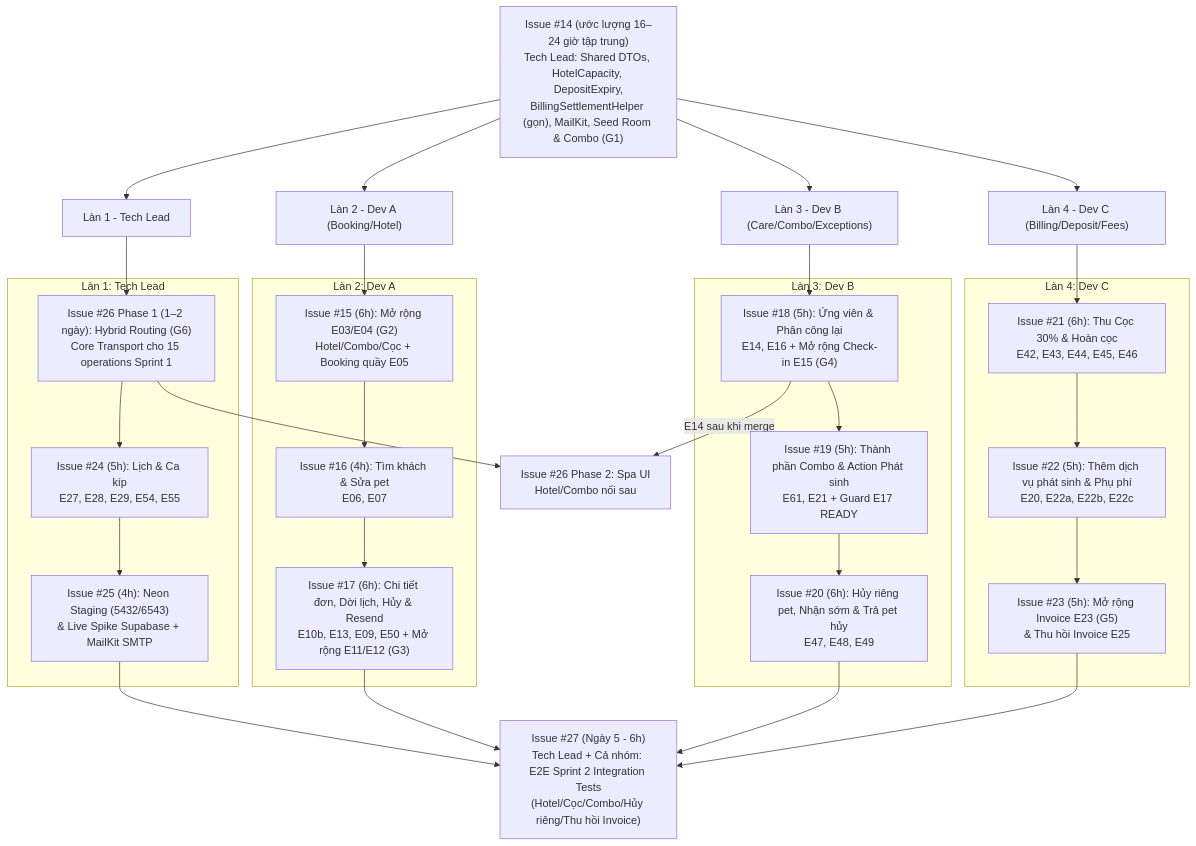
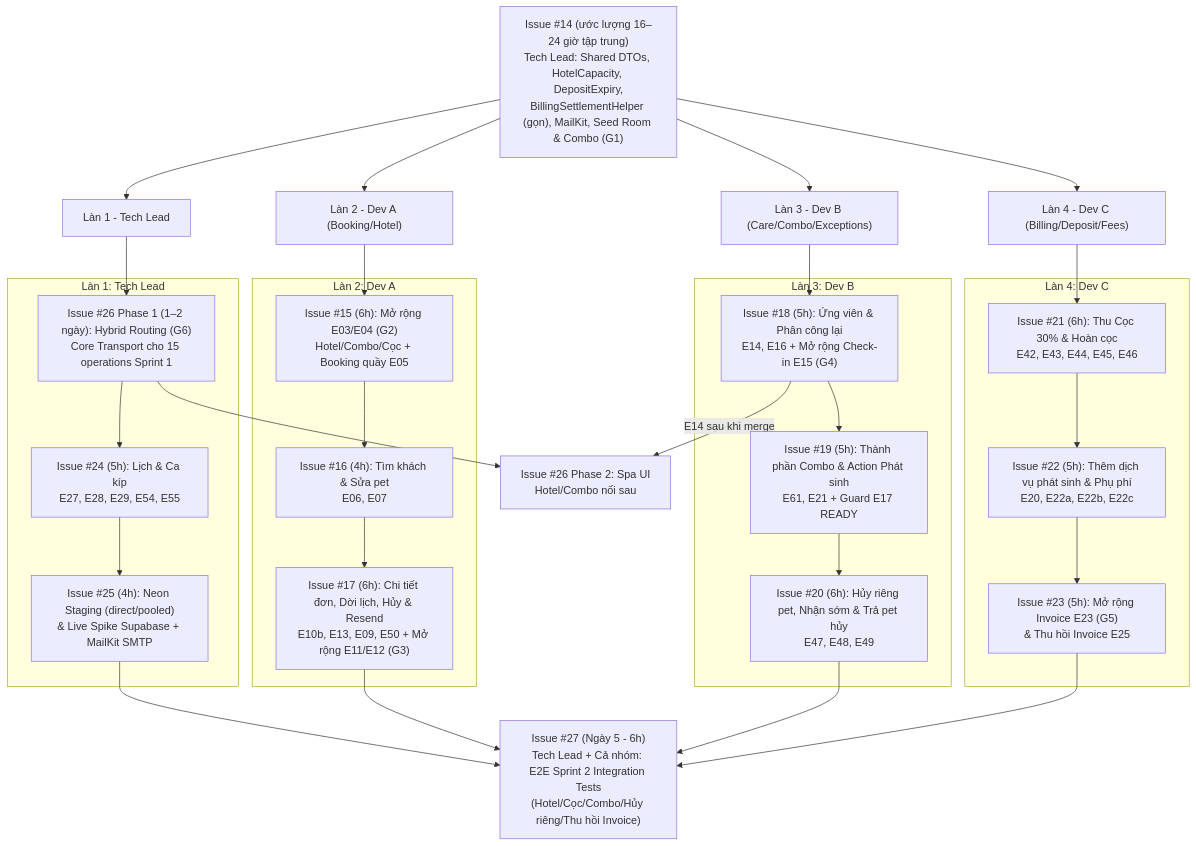
One commit to kdr1416/SE310-spa-pet-and-hotel changed the diagram in docs/plans/sprint-2/sprint-2-plan.md. Above: the diagram before and after it, drawn with Mermaid. The commit also changed other lines of this file and 12 other files, not shown here.

First line of the commit message:
[Infra] #25: Neon Staging bootstrap, live smoke tests and runbook (#50)

````diff
--- a/docs/plans/sprint-2/sprint-2-plan.md
+++ b/docs/plans/sprint-2/sprint-2-plan.md
@@ -94,49 +94,49 @@
 ```mermaid
 flowchart TD
     I14["Issue #14 (ước lượng 16–24 giờ tập trung)<br/>Tech Lead: Shared DTOs, HotelCapacity, DepositExpiry,<br/>BillingSettlementHelper (gọn), MailKit, Seed Room & Combo (G1)"]
     
     I14 --> L_LEAD["Làn 1 - Tech Lead"]
     I14 --> L_DEVA["Làn 2 - Dev A (Booking/Hotel)"]
     I14 --> L_DEVB["Làn 3 - Dev B (Care/Combo/Exceptions)"]
     I14 --> L_DEVC["Làn 4 - Dev C (Billing/Deposit/Fees)"]
 
     subgraph Lane1["Làn 1: Tech Lead"]
         I26["Issue #26 Phase 1 (1–2 ngày): Hybrid Routing (G6)<br/>Core Transport cho 15 operations Sprint 1"]
         I24["Issue #24 (5h): Lịch & Ca kíp<br/>E27, E28, E29, E54, E55"]
-        I25["Issue #25 (4h): Neon Staging (5432/6543)<br/>& Live Spike Supabase + MailKit SMTP"]
+        I25["Issue #25 (4h): Neon Staging (direct/pooled)<br/>& Live Spike Supabase + MailKit SMTP"]
         I26 --> I24 --> I25
     end
 
     subgraph Lane2["Làn 2: Dev A"]
         I15["Issue #15 (6h): Mở rộng E03/E04 (G2)<br/>Hotel/Combo/Cọc + Booking quầy E05"]
         I16["Issue #16 (4h): Tìm khách & Sửa pet<br/>E06, E07"]
         I17["Issue #17 (6h): Chi tiết đơn, Dời lịch, Hủy & Resend<br/>E10b, E13, E09, E50 + Mở rộng E11/E12 (G3)"]
         I15 --> I16 --> I17
     end
 
     subgraph Lane3["Làn 3: Dev B"]
         I18["Issue #18 (5h): Ứng viên & Phân công lại<br/>E14, E16 + Mở rộng Check-in E15 (G4)"]
         I19["Issue #19 (5h): Thành phần Combo & Action Phát sinh<br/>E61, E21 + Guard E17 READY"]
         I20["Issue #20 (6h): Hủy riêng pet, Nhận sớm & Trả pet hủy<br/>E47, E48, E49"]
         I18 --> I19 --> I20
     end
 
     subgraph Lane4["Làn 4: Dev C"]
         I21["Issue #21 (6h): Thu Cọc 30% & Hoàn cọc<br/>E42, E43, E44, E45, E46"]
         I22["Issue #22 (5h): Thêm dịch vụ phát sinh & Phụ phí<br/>E20, E22a, E22b, E22c"]
         I23["Issue #23 (5h): Mở rộng Invoice E23 (G5)<br/>& Thu hồi Invoice E25"]
         I21 --> I22 --> I23
     end
 
     L_LEAD --> I26
     L_DEVA --> I15
     L_DEVB --> I18
     L_DEVC --> I21
 
     I25 --> I27["Issue #27 (Ngày 5 - 6h)<br/>Tech Lead + Cả nhóm: E2E Sprint 2 Integration Tests<br/>(Hotel/Cọc/Combo/Hủy riêng/Thu hồi Invoice)"]
     I17 --> I27
     I20 --> I27
     I23 --> I27
     I26 --> UI2["Issue #26 Phase 2: Spa UI<br/>Hotel/Combo nối sau"]
     I18 -->|E14 sau khi merge| UI2
 ```
````
